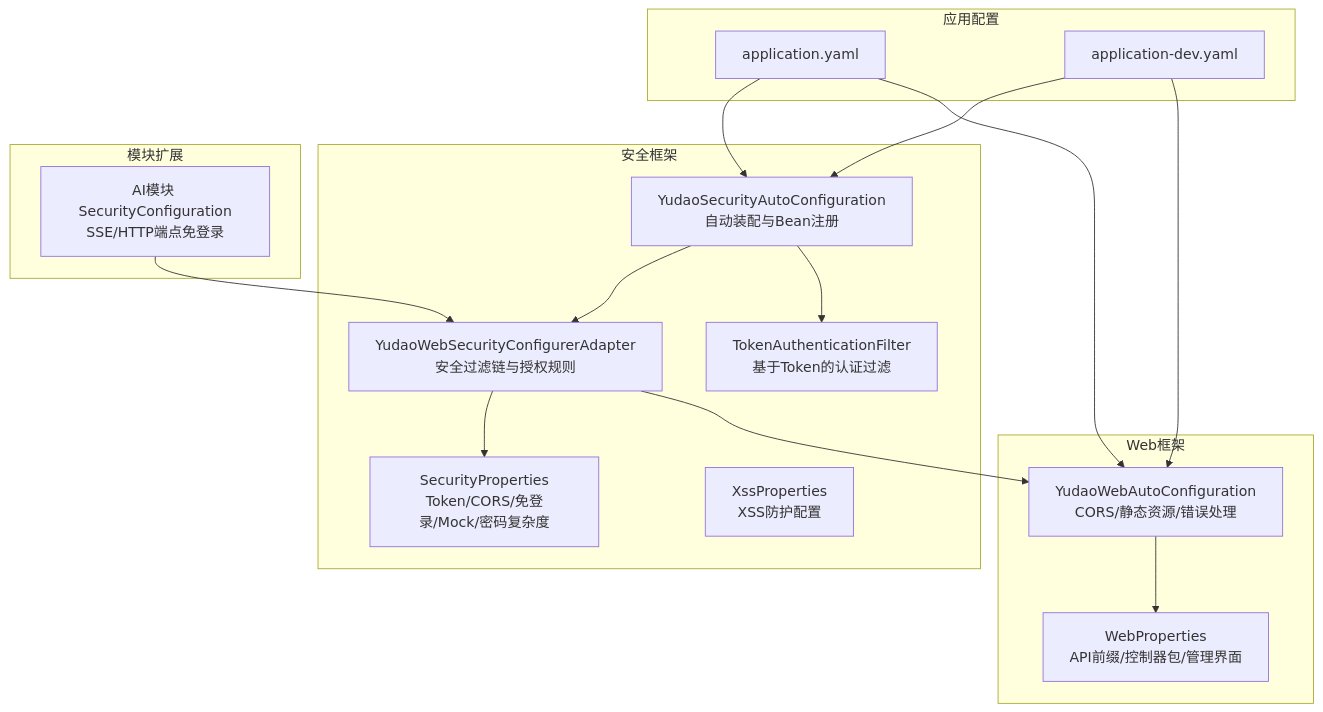
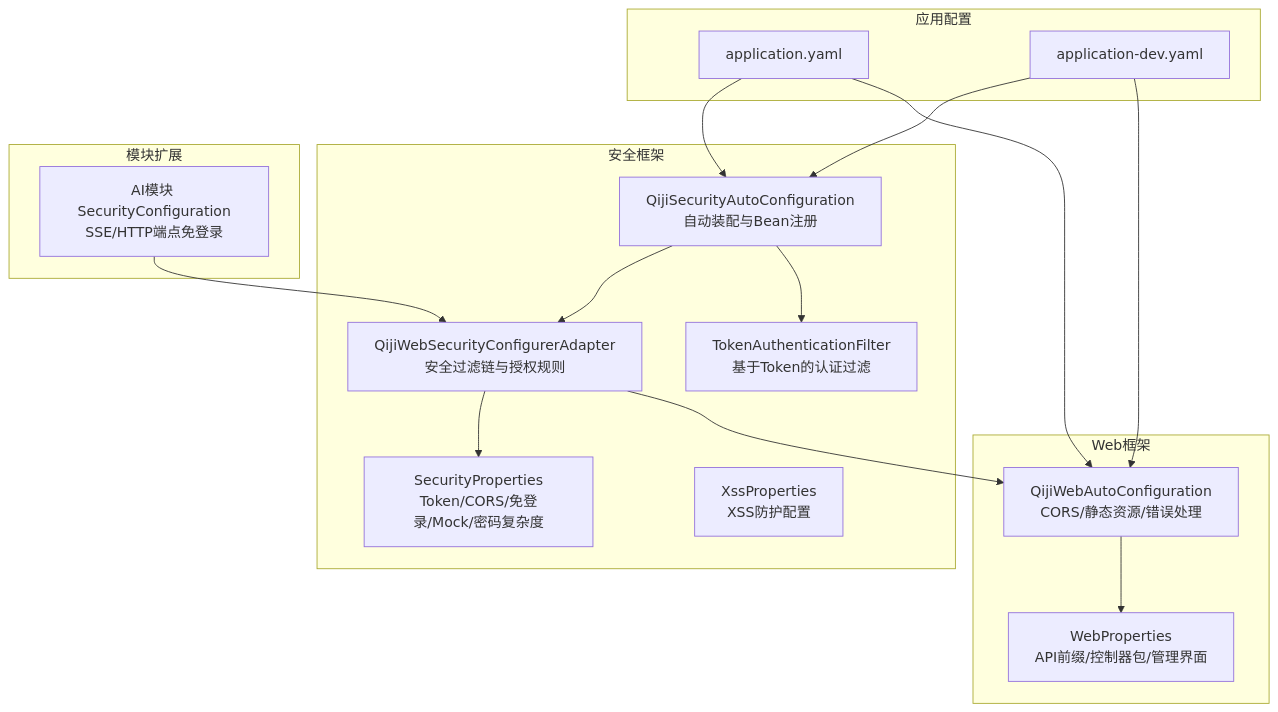
One commit to zhuangpengLI/AgenticCPS changed the first of 4 diagrams in backend/.qoder/repowiki/zh/content/安全与权限/API安全防护/安全配置管理.md. Above: the diagram before and after it, drawn with Mermaid. The commit also changed other lines of this file and 3489 other files, not shown here.

````diff
--- a/backend/.qoder/repowiki/zh/content/安全与权限/API安全防护/安全配置管理.md
+++ b/backend/.qoder/repowiki/zh/content/安全与权限/API安全防护/安全配置管理.md
@@ -49,31 +49,31 @@
 ```mermaid
 graph TB
 subgraph "安全框架"
-A["YudaoSecurityAutoConfiguration<br/>自动装配与Bean注册"]
-B["YudaoWebSecurityConfigurerAdapter<br/>安全过滤链与授权规则"]
+A["QijiSecurityAutoConfiguration<br/>自动装配与Bean注册"]
+B["QijiWebSecurityConfigurerAdapter<br/>安全过滤链与授权规则"]
 C["SecurityProperties<br/>Token/CORS/免登录/Mock/密码复杂度"]
 D["TokenAuthenticationFilter<br/>基于Token的认证过滤"]
 E["XssProperties<br/>XSS防护配置"]
 end
 subgraph "Web框架"
 F["WebProperties<br/>API前缀/控制器包/管理界面"]
-G["YudaoWebAutoConfiguration<br/>CORS/静态资源/错误处理"]
+G["QijiWebAutoConfiguration<br/>CORS/静态资源/错误处理"]
 end
 subgraph "模块扩展"
 H["AI模块 SecurityConfiguration<br/>SSE/HTTP端点免登录"]
 end
 subgraph "应用配置"
 I["application.yaml"]
 J["application-dev.yaml"]
 end
 A --> B
 A --> D
 B --> C
 G --> F
 B --> G
 H --> B
 I --> A
 I --> G
 J --> A
 J --> G
 ```
````
